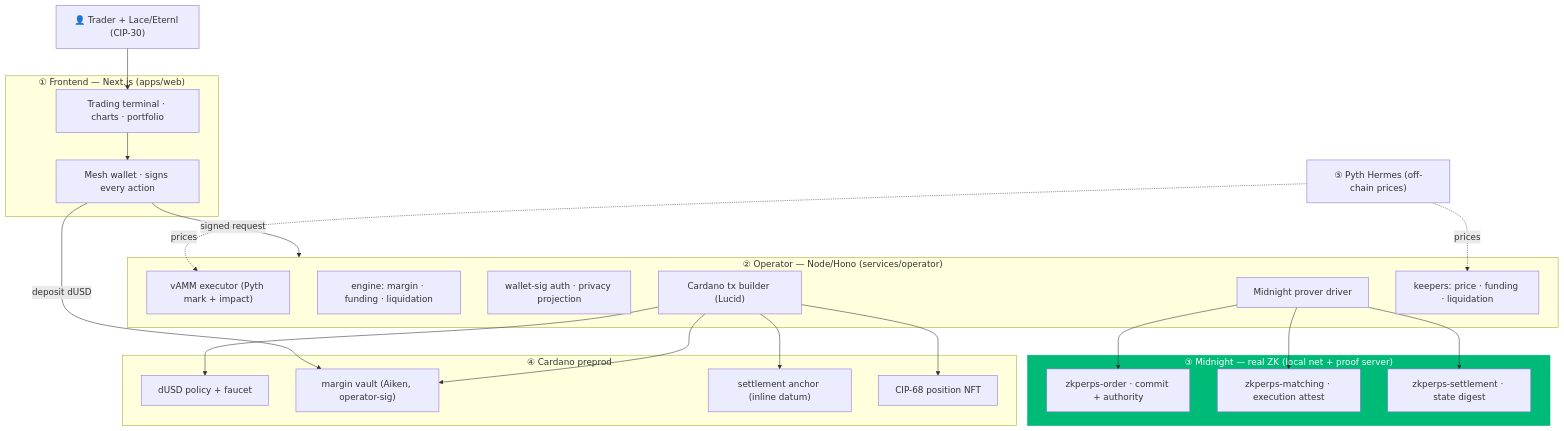
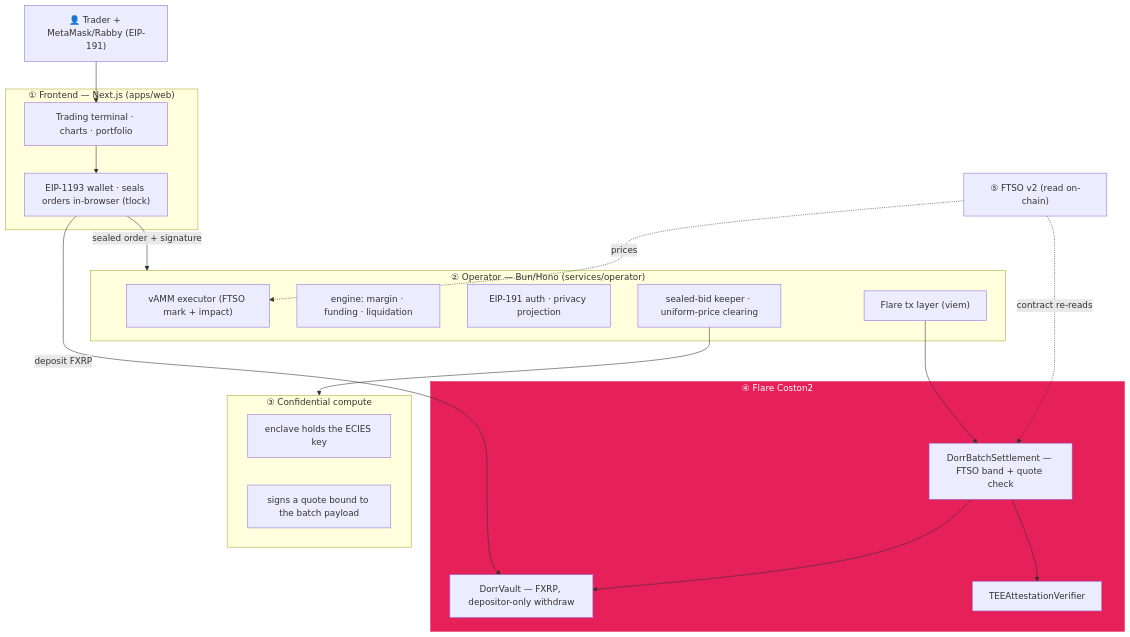
Before and after one commit to nickthelegend/dorr-flare: the first of 4 diagrams in docs/ARCHITECTURE.md, drawn with Mermaid. The commit also changed other lines of this file and 215 other files, not shown here.

````diff
--- a/docs/ARCHITECTURE.md
+++ b/docs/ARCHITECTURE.md
@@ -7,41 +7,39 @@
 ```mermaid
 flowchart TB
-  U["👤 Trader + Lace/Eternl (CIP-30)"]
+  U["👤 Trader + MetaMask/Rabby (EIP-191)"]
 
   subgraph FE["① Frontend — Next.js (apps/web)"]
     UI["Trading terminal · charts · portfolio"]
-    W["Mesh wallet · signs every action"]
+    W["EIP-1193 wallet · seals orders in-browser (tlock)"]
   end
 
-  subgraph OP["② Operator — Node/Hono (services/operator)"]
-    EX["vAMM executor (Pyth mark + impact)"]
+  subgraph OP["② Operator — Bun/Hono (services/operator)"]
+    EX["vAMM executor (FTSO mark + impact)"]
     ENG["engine: margin · funding · liquidation"]
-    AUTH["wallet-sig auth · privacy projection"]
-    PR["Midnight prover driver"]
-    CX["Cardano tx builder (Lucid)"]
-    KP["keepers: price · funding · liquidation"]
+    AUTH["EIP-191 auth · privacy projection"]
+    SB["sealed-bid keeper · uniform-price clearing"]
+    FX["Flare tx layer (viem)"]
   end
 
-  subgraph MN["③ Midnight — real ZK (local net + proof server)"]
-    C1["zkperps-order · commit + authority"]
-    C2["zkperps-matching · execution attest"]
-    C3["zkperps-settlement · state digest"]
+  subgraph TEE["③ Confidential compute"]
+    E1["enclave holds the ECIES key"]
+    E2["signs a quote bound to the batch payload"]
   end
 
-  subgraph CD["④ Cardano preprod"]
-    DUSD["dUSD policy + faucet"]
-    VLT["margin vault (Aiken, operator-sig)"]
-    ANC["settlement anchor (inline datum)"]
-    NFT["CIP-68 position NFT"]
+  subgraph FL["④ Flare Coston2"]
+    VLT["DorrVault — FXRP, depositor-only withdraw"]
+    SET["DorrBatchSettlement — FTSO band + quote check"]
+    VER["TEEAttestationVerifier"]
   end
 
-  PY["⑤ Pyth Hermes (off-chain prices)"]
+  FT["⑤ FTSO v2 (read on-chain)"]
 
-  U --> UI --> W -->|signed request| OP
-  PY -.prices.-> EX
-  PY -.prices.-> KP
-  W -->|deposit dUSD| VLT
-  PR --> C1 & C2 & C3
-  CX --> DUSD & VLT & ANC & NFT
-  style MN fill:#0b7,stroke:#0b7,color:#fff
+  U --> UI --> W -->|sealed order + signature| OP
+  FT -.prices.-> EX
+  FT -.contract re-reads.-> SET
+  W -->|deposit FXRP| VLT
+  SB --> TEE
+  FX --> SET --> VLT
+  SET --> VER
+  style FL fill:#e62058,stroke:#e62058,color:#fff
 ```
````
